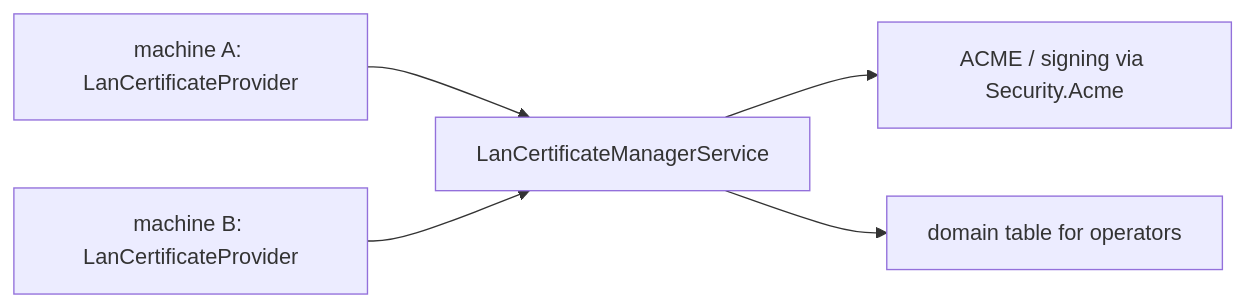
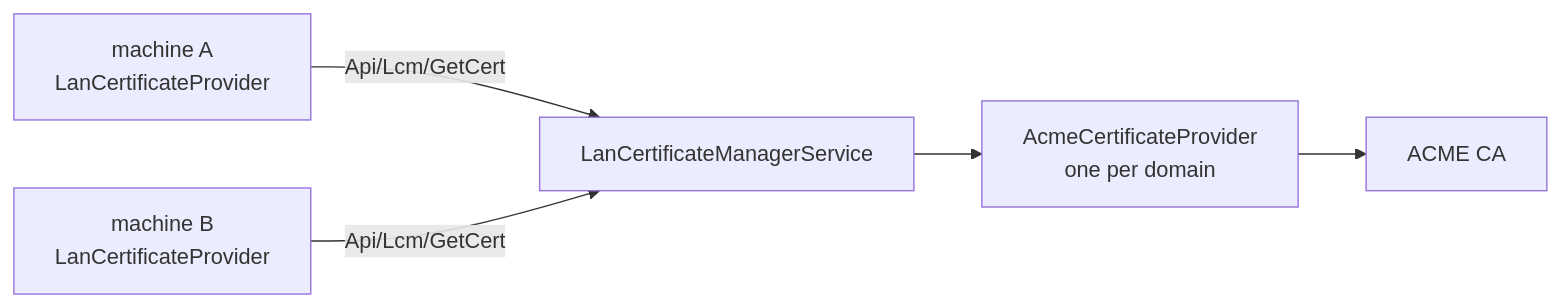
The diagram in SysWeaver.MicroService.LanCertificateManager/README.md (dosh1974/SysWeaver), drawn with Mermaid before and after one commit. The commit also changed other lines of this file and 532 other files, not shown here.

````diff
--- a/SysWeaver.MicroService.LanCertificateManager/README.md
+++ b/SysWeaver.MicroService.LanCertificateManager/README.md
@@ -18,7 +18,7 @@
 ```mermaid
 flowchart LR
-  M1["machine A: LanCertificateProvider"] --> LCM["LanCertificateManagerService"]
-  M2["machine B: LanCertificateProvider"] --> LCM
-  LCM --> Acme["ACME / signing via Security.Acme"]
-  LCM --> Tables["domain table for operators"]
+  M1["machine A<br/>LanCertificateProvider"] -->|"Api/Lcm/GetCert"| LCM["LanCertificateManagerService"]
+  M2["machine B<br/>LanCertificateProvider"] -->|"Api/Lcm/GetCert"| LCM
+  LCM --> Acme["AcmeCertificateProvider<br/>one per domain"]
+  Acme --> CA["ACME CA"]
 ```
````
